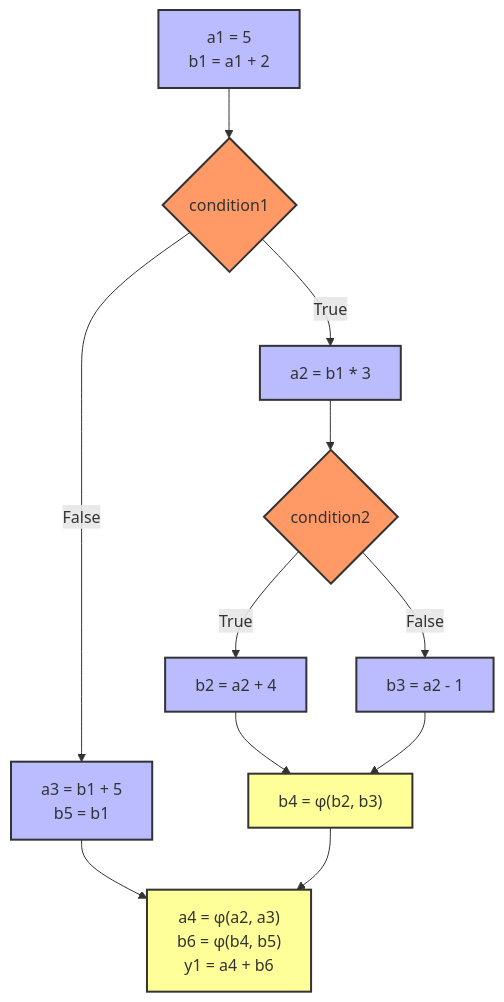
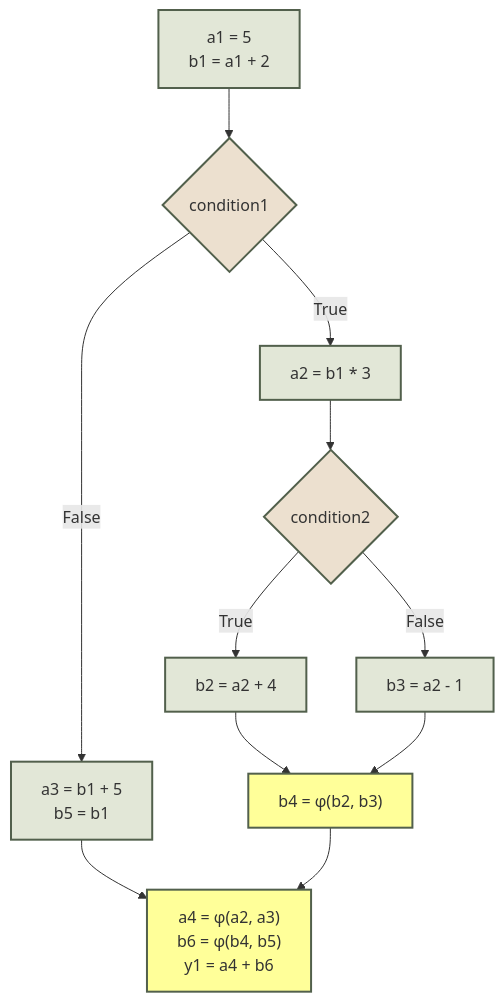
Before and after one commit to yaklang/ssa.to: the eighth of 18 diagrams in static-analysis-guide/compile-ssa-form.mdx, drawn with Mermaid. The commit also changed other lines of this file and 91 other files, not shown here.

````diff
--- a/static-analysis-guide/compile-ssa-form.mdx
+++ b/static-analysis-guide/compile-ssa-form.mdx
@@ -652,21 +636,21 @@
 ```mermaid
 graph TD
     %% 定义节点
     Entry[a1 = 5<br/>b1 = a1 + 2] --> Cond1{condition1}
     Cond1 -->|True| TrueBranch[a2 = b1 * 3] --> Cond2{condition2}
     Cond1 -->|False| ElseBranch[a3 = b1 + 5<br/>b5 = b1] --> Final["a4 = φ(a2, a3)<br/>b6 = φ(b4, b5)<br/>y1 = a4 + b6"]
     Cond2 -->|True| InternalTrue[b2 = a2 + 4] --> MergeB["b4 = φ(b2, b3)"]
     Cond2 -->|False| InternalFalse[b3 = a2 - 1] --> MergeB
     MergeB --> Final
 
     %% 样式设置
-    style Entry fill:#bbf,stroke:#333,stroke-width:2px
-    style Cond1 fill:#f96,stroke:#333,stroke-width:2px
-    style TrueBranch fill:#bbf,stroke:#333,stroke-width:2px
-    style Cond2 fill:#f96,stroke:#333,stroke-width:2px
-    style InternalTrue fill:#bbf,stroke:#333,stroke-width:2px
-    style InternalFalse fill:#bbf,stroke:#333,stroke-width:2px
-    style MergeB fill:#ff9,stroke:#333,stroke-width:2px
-    style ElseBranch fill:#bbf,stroke:#333,stroke-width:2px
-    style Final fill:#ff9,stroke:#333,stroke-width:2px
+    style Entry fill:#e2e7d7,stroke:#52604c,stroke-width:2px
+    style Cond1 fill:#ece0cf,stroke:#52604c,stroke-width:2px
+    style TrueBranch fill:#e2e7d7,stroke:#52604c,stroke-width:2px
+    style Cond2 fill:#ece0cf,stroke:#52604c,stroke-width:2px
+    style InternalTrue fill:#e2e7d7,stroke:#52604c,stroke-width:2px
+    style InternalFalse fill:#e2e7d7,stroke:#52604c,stroke-width:2px
+    style MergeB fill:#ff9,stroke:#52604c,stroke-width:2px
+    style ElseBranch fill:#e2e7d7,stroke:#52604c,stroke-width:2px
+    style Final fill:#ff9,stroke:#52604c,stroke-width:2px
 ```
````
